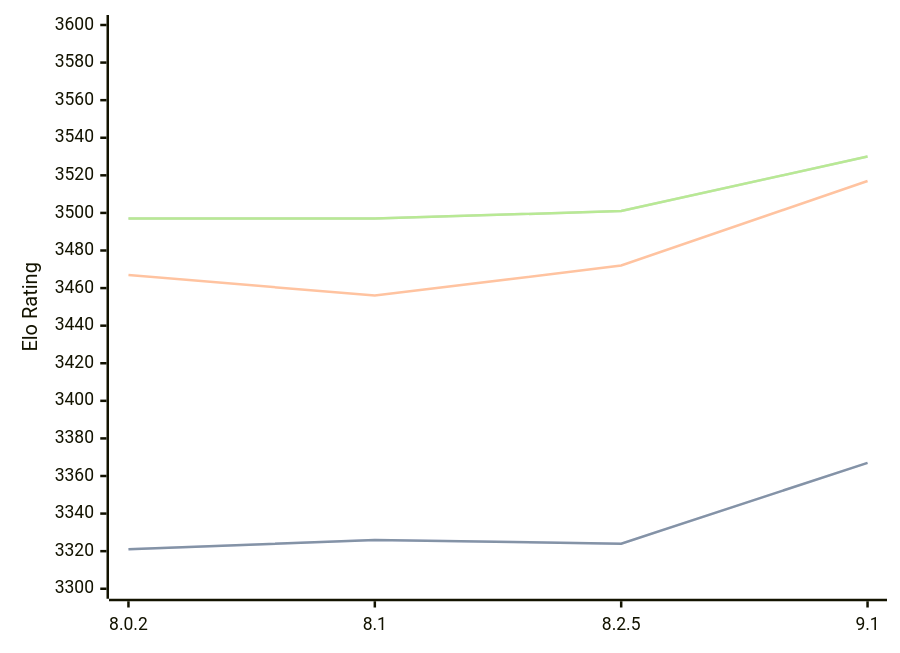
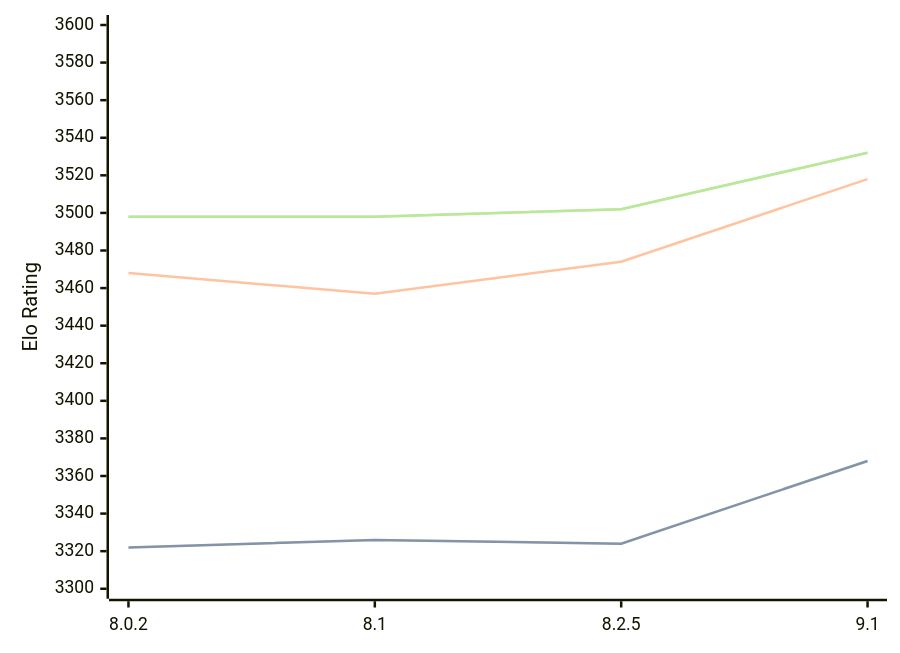
Before and after one commit to computer-chess-index/cci: the first of 3 diagrams in engines/Clover.md, drawn with Mermaid. The commit also changed other lines of this file, not shown here.

Commit message:
Update CCI Ratings (ELO VLTC) - 2026-06-22

````diff
--- a/engines/Clover.md
+++ b/engines/Clover.md
@@ -64,11 +64,11 @@
 ```mermaid
 %%{init: {"theme":"base","themeVariables":{"seriesColors:['#a3a3a3','#222221','#faa371']}}}%%
 xychart-beta
   x-axis ["8.0.2", "8.1", "8.2.5", "9.1"]
   y-axis "Elo Rating" 3300 --> 3600
-  line "STC (8.0+0.08s)" [3321, 3326, 3324, 3367]
-  line "STC (8.0+0.08s)" [3321, 3326, 3324, 3367]
-  line "LTC (60.0+0.60s)" [3467, 3456, 3472, 3517]
-  line "VLTC (2m24s+1.12s)" [3497, 3497, 3501, 3530]
-  line "VLTC (2m24s+1.12s)" [3497, 3497, 3501, 3530]
+  line "STC (8.0+0.08s)" [3322, 3326, 3324, 3368]
+  line "STC (8.0+0.08s)" [3322, 3326, 3324, 3368]
+  line "LTC (60.0+0.60s)" [3468, 3457, 3474, 3518]
+  line "VLTC (2m24s+1.12s)" [3498, 3498, 3502, 3532]
+  line "VLTC (2m24s+1.12s)" [3498, 3498, 3502, 3532]
 ```
````
